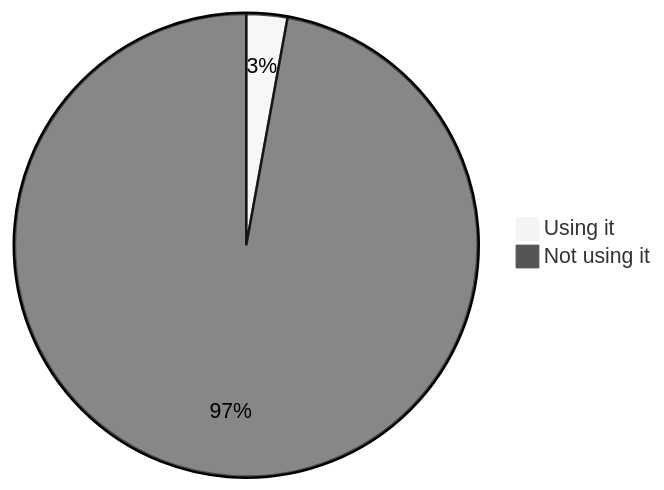
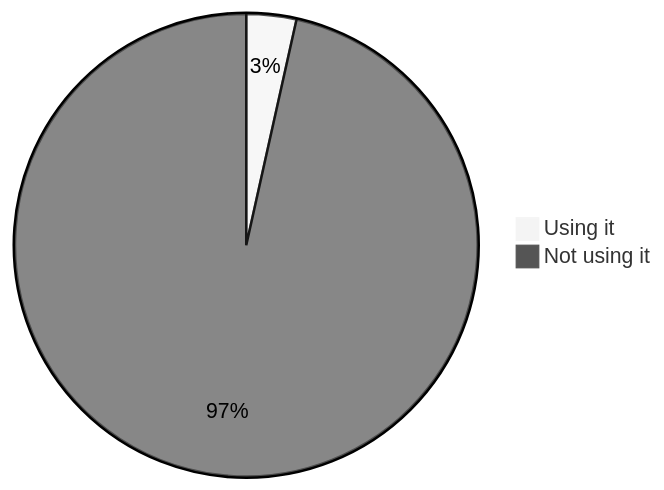
One commit to oshp/oshp-stats changed the sixth of 22 diagrams in stats.md. Above: the diagram before and after it, drawn with Mermaid (neutral theme). The commit also changed other lines of this file, not shown here.

````diff
--- a/stats.md
+++ b/stats.md
@@ -70,6 +70,6 @@
 ```mermaid
 pie
-	"Using it" : 2.86
-	"Not using it" : 97.14
+	"Using it" : 3.49
+	"Not using it" : 96.51
 
 ```
````
